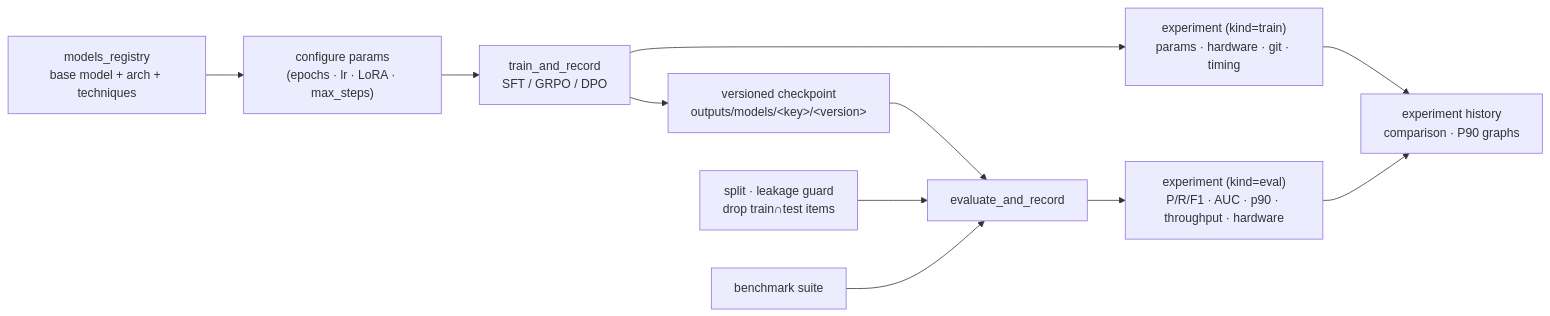
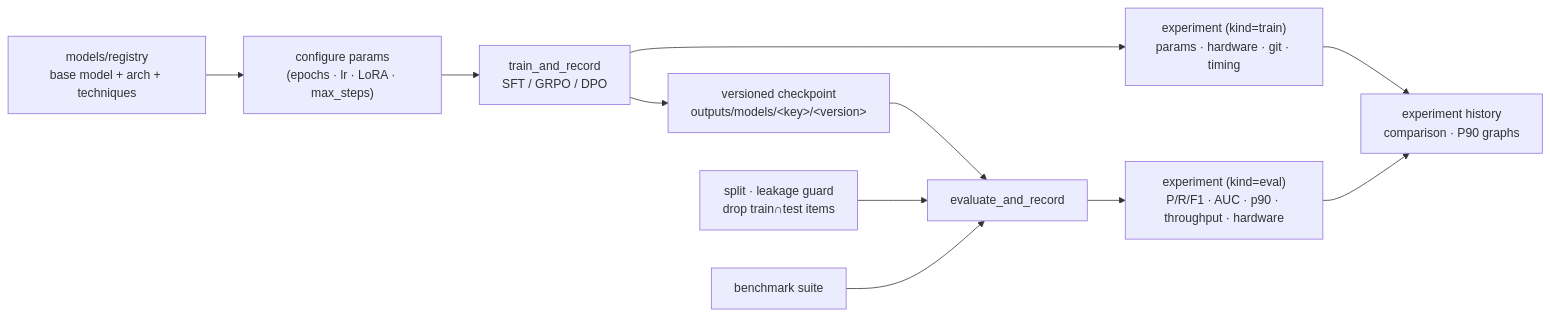
One commit to rrahimi-uci/guard-ranking-fragility changed the eighth of 11 diagrams in docs/architecture.md. Above: the diagram before and after it, drawn with Mermaid. The commit also changed other lines of this file and 132 other files, not shown here.

````diff
--- a/docs/architecture.md
+++ b/docs/architecture.md
@@ -265,12 +281,12 @@
 ```mermaid
 flowchart LR
-    REG["models_registry<br/>base model + arch + techniques"] --> CFG["configure params<br/>(epochs · lr · LoRA · max_steps)"]
+    REG["models/registry<br/>base model + arch + techniques"] --> CFG["configure params<br/>(epochs · lr · LoRA · max_steps)"]
     CFG --> TR["train_and_record<br/>SFT / GRPO / DPO"]
     TR --> V["versioned checkpoint<br/>outputs/models/&lt;key&gt;/&lt;version&gt;"]
     TR --> EXPT["experiment (kind=train)<br/>params · hardware · git · timing"]
     V --> EV["evaluate_and_record"]
     SEP["split · leakage guard<br/>drop train∩test items"] --> EV
     BM["benchmark suite"] --> EV
     EV --> EXPE["experiment (kind=eval)<br/>P/R/F1 · AUC · p90 · throughput · hardware"]
     EXPT & EXPE --> HIST["experiment history<br/>comparison · P90 graphs"]
 ```
````
